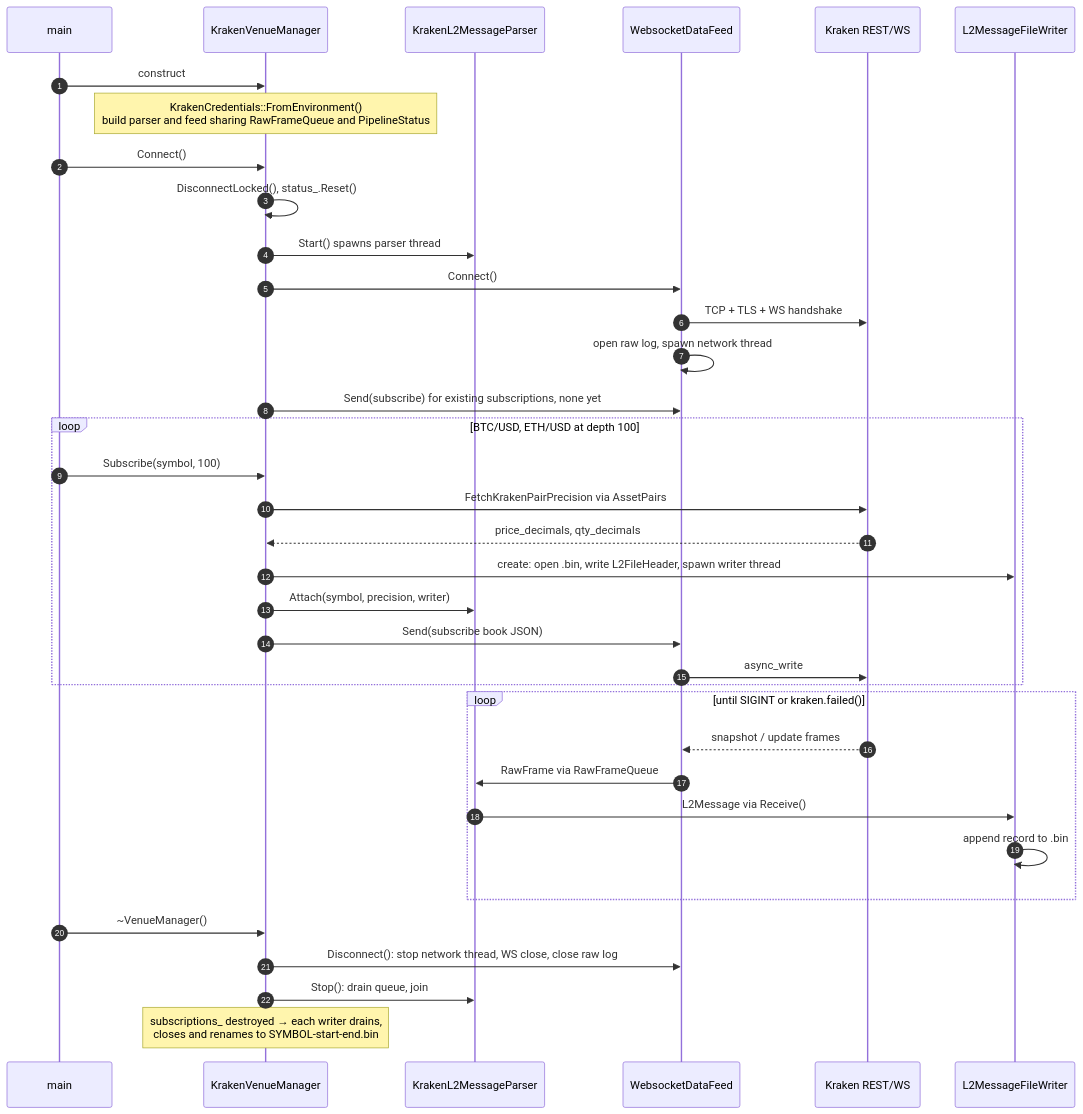
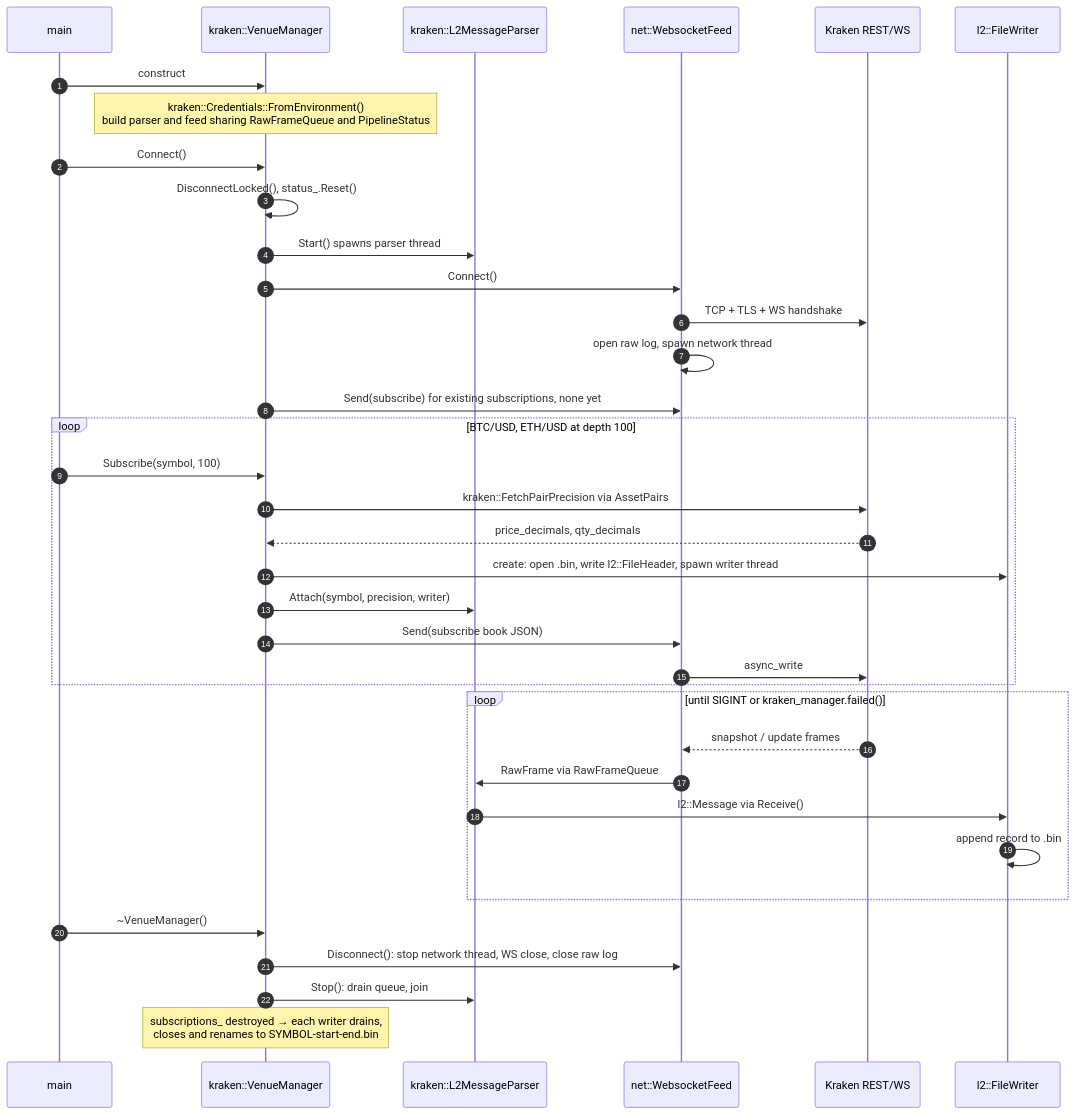
Before and after one commit to CptNemo0/StrategyNodes: the second of 2 diagrams in data_feed/ARCHITECTURE.md, drawn with Mermaid. The commit also changed other lines of this file and 106 other files, not shown here.

````diff
--- a/data_feed/ARCHITECTURE.md
+++ b/data_feed/ARCHITECTURE.md
@@ -70,43 +70,43 @@
 ```mermaid
 sequenceDiagram
     autonumber
     participant M as main
-    participant VM as KrakenVenueManager
-    participant P as KrakenL2MessageParser
-    participant F as WebsocketDataFeed
+    participant VM as kraken::VenueManager
+    participant P as kraken::L2MessageParser
+    participant F as net::WebsocketFeed
     participant K as Kraken REST/WS
-    participant W as L2MessageFileWriter
+    participant W as l2::FileWriter
 
     M->>VM: construct
-    Note over VM: KrakenCredentials::FromEnvironment()<br/>build parser and feed sharing RawFrameQueue and PipelineStatus
+    Note over VM: kraken::Credentials::FromEnvironment()<br/>build parser and feed sharing RawFrameQueue and PipelineStatus
 
     M->>VM: Connect()
     VM->>VM: DisconnectLocked(), status_.Reset()
     VM->>P: Start() spawns parser thread
     VM->>F: Connect()
     F->>K: TCP + TLS + WS handshake
     F->>F: open raw log, spawn network thread
     VM->>F: Send(subscribe) for existing subscriptions, none yet
 
     loop BTC/USD, ETH/USD at depth 100
         M->>VM: Subscribe(symbol, 100)
-        VM->>K: FetchKrakenPairPrecision via AssetPairs
+        VM->>K: kraken::FetchPairPrecision via AssetPairs
         K-->>VM: price_decimals, qty_decimals
-        VM->>W: create: open .bin, write L2FileHeader, spawn writer thread
+        VM->>W: create: open .bin, write l2::FileHeader, spawn writer thread
         VM->>P: Attach(symbol, precision, writer)
         VM->>F: Send(subscribe book JSON)
         F->>K: async_write
     end
 
-    loop until SIGINT or kraken.failed()
+    loop until SIGINT or kraken_manager.failed()
         K-->>F: snapshot / update frames
         F->>P: RawFrame via RawFrameQueue
-        P->>W: L2Message via Receive()
+        P->>W: l2::Message via Receive()
         W->>W: append record to .bin
     end
 
     M->>VM: ~VenueManager()
     VM->>F: Disconnect(): stop network thread, WS close, close raw log
     VM->>P: Stop(): drain queue, join
     Note over VM: subscriptions_ destroyed → each writer drains,<br/>closes and renames to SYMBOL-start-end.bin
 ```
````
